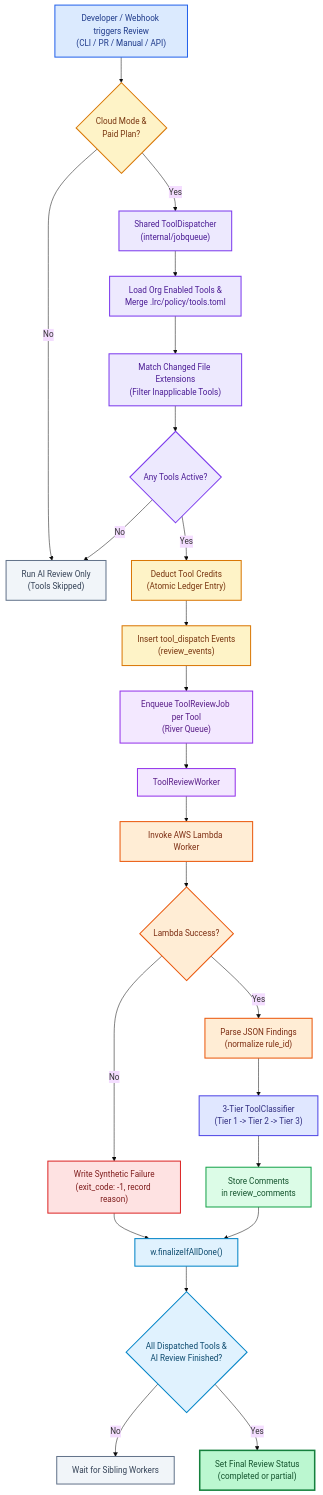
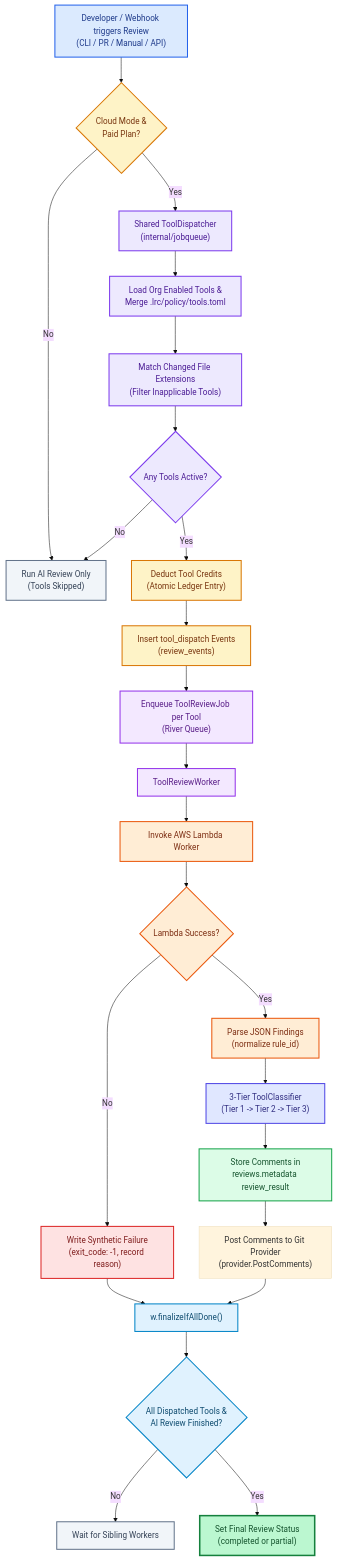
One commit to HexmosTech/LiveReview changed the first of 2 diagrams in docs/tools/tools-integration-beta.md. Above: the diagram before and after it, drawn with Mermaid (base theme). The commit also changed other lines of this file and 7 other files, not shown here.

First line of the commit message:
Post Tool Findings to Git Provider PR Comments

````diff
--- a/docs/tools/tools-integration-beta.md
+++ b/docs/tools/tools-integration-beta.md
@@ -38,63 +39,64 @@
 ```mermaid
 flowchart TD
     A["Developer / Webhook triggers Review<br/>(CLI / PR / Manual / API)"] --> B{"Cloud Mode &<br/>Paid Plan?"}
     B -->|No| C["Run AI Review Only<br/>(Tools Skipped)"]
     B -->|Yes| D["Shared ToolDispatcher<br/>(internal/jobqueue)"]
     
     D --> E["Load Org Enabled Tools &<br/>Merge .lrc/policy/tools.toml"]
     E --> F["Match Changed File Extensions<br/>(Filter Inapplicable Tools)"]
     F --> G{"Any Tools Active?"}
     G -->|No| C
     G -->|Yes| H["Deduct Tool Credits<br/>(Atomic Ledger Entry)"]
     
     H --> I["Insert tool_dispatch Events<br/>(review_events)"]
     I --> J["Enqueue ToolReviewJob per Tool<br/>(River Queue)"]
     
     J --> K["ToolReviewWorker"]
     K --> L["Invoke AWS Lambda Worker"]
     
     L --> M{"Lambda Success?"}
     M -->|No| N["Write Synthetic Failure<br/>(exit_code: -1, record reason)"]
     M -->|Yes| O["Parse JSON Findings<br/>(normalize rule_id)"]
     
     O --> P["3-Tier ToolClassifier<br/>(Tier 1 -> Tier 2 -> Tier 3)"]
-    P --> Q["Store Comments<br/>in review_comments"]
+    P --> Q["Store Comments in<br/>reviews.metadata review_result"]
+    Q --> POST["Post Comments to Git Provider<br/>(provider.PostComments)"]
     
     N --> R["w.finalizeIfAllDone()"]
-    Q --> R
+    POST --> R
     
     R --> S{"All Dispatched Tools &<br/>AI Review Finished?"}
     S -->|No| T["Wait for Sibling Workers"]
     S -->|Yes| U["Set Final Review Status<br/>(completed or partial)"]
 
     %% Trigger & Gates
     style A fill:#dbeafe,stroke:#2563eb,stroke-width:2px,color:#1e3a8a
     style B fill:#fef3c7,stroke:#d97706,stroke-width:2px,color:#78350f
     style C fill:#f1f5f9,stroke:#64748b,stroke-width:2px,color:#334155
 
     %% Dispatcher
     style D fill:#ede9fe,stroke:#7c3aed,stroke-width:2px,color:#4c1d95
     style E fill:#ede9fe,stroke:#7c3aed,stroke-width:2px,color:#4c1d95
     style F fill:#ede9fe,stroke:#7c3aed,stroke-width:2px,color:#4c1d95
     style G fill:#ede9fe,stroke:#7c3aed,stroke-width:2px,color:#4c1d95
     style H fill:#fef3c7,stroke:#d97706,stroke-width:2px,color:#78350f
     style I fill:#fef3c7,stroke:#d97706,stroke-width:2px,color:#78350f
 
     %% Worker Execution
     style J fill:#f3e8ff,stroke:#9333ea,stroke-width:2px,color:#581c87
     style K fill:#f3e8ff,stroke:#9333ea,stroke-width:2px,color:#581c87
     style L fill:#ffedd5,stroke:#ea580c,stroke-width:2px,color:#7c2d12
     style M fill:#ffedd5,stroke:#ea580c,stroke-width:2px,color:#7c2d12
     style N fill:#fee2e2,stroke:#dc2626,stroke-width:2px,color:#7f1d1d
     style O fill:#ffedd5,stroke:#ea580c,stroke-width:2px,color:#7c2d12
 
     %% Classification
     style P fill:#e0e7ff,stroke:#4f46e5,stroke-width:2px,color:#312e81
     style Q fill:#dcfce7,stroke:#16a34a,stroke-width:2px,color:#14532d
 
     %% Finalization
     style R fill:#e0f2fe,stroke:#0284c7,stroke-width:2px,color:#0c4a6e
     style S fill:#e0f2fe,stroke:#0284c7,stroke-width:2px,color:#0c4a6e
     style T fill:#f1f5f9,stroke:#64748b,stroke-width:2px,color:#334155
     style U fill:#bbf7d0,stroke:#15803d,stroke-width:3px,color:#14532d
 ```
````
